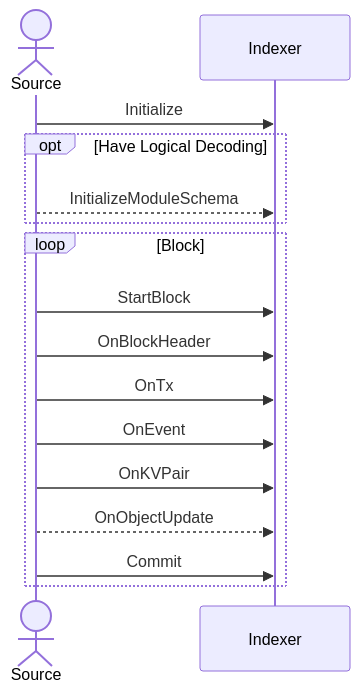
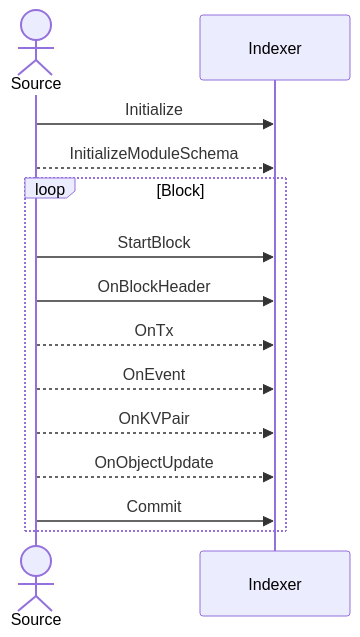
One commit to cosmos/cosmos-sdk changed the diagram in indexer/base/README.md. Above: the diagram before and after it, drawn with Mermaid. The commit also changed other lines of this file, not shown here.

Commit message:
update listener docs

````diff
--- a/indexer/base/README.md
+++ b/indexer/base/README.md
@@ -11,18 +11,16 @@
 ```mermaid
 sequenceDiagram
     actor Source
     participant Indexer    
     Source ->> Indexer: Initialize
-    opt Have Logical Decoding
-        Source -->> Indexer: InitializeModuleSchema
-    end
+    Source -->> Indexer: InitializeModuleSchema
     loop Block
         Source ->> Indexer: StartBlock
         Source ->> Indexer: OnBlockHeader
-        Source ->> Indexer: OnTx
-        Source ->> Indexer: OnEvent
-        Source ->> Indexer: OnKVPair
+        Source -->> Indexer: OnTx
+        Source -->> Indexer: OnEvent
+        Source -->> Indexer: OnKVPair
         Source -->> Indexer: OnObjectUpdate
         Source ->> Indexer: Commit
     end
 ```
````
